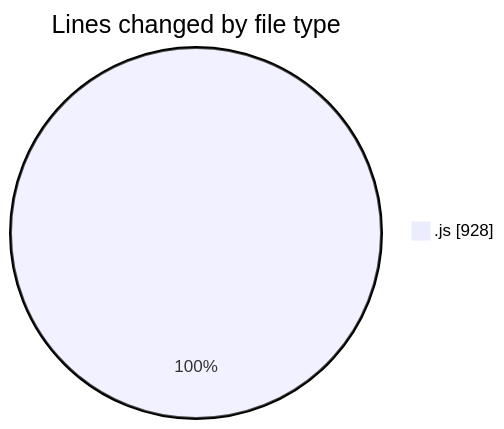
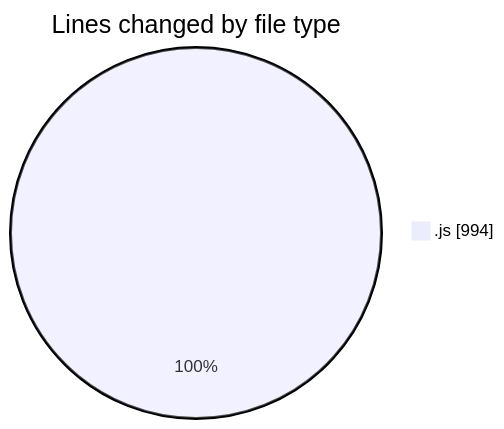
Before and after one commit to nxtqubesakshisongat/code-tracking: the first of 2 diagrams in 2025-10-31/nxtqube_webapp/README.md, drawn with Mermaid. The commit also changed other lines of this file and 1 other file, not shown here.

````diff
--- a/2025-10-31/nxtqube_webapp/README.md
+++ b/2025-10-31/nxtqube_webapp/README.md
@@ -22,5 +22,5 @@
 ```mermaid
 pie showData
 title Lines changed by file type
-".js" : 928
+".js" : 994
 ```
````
